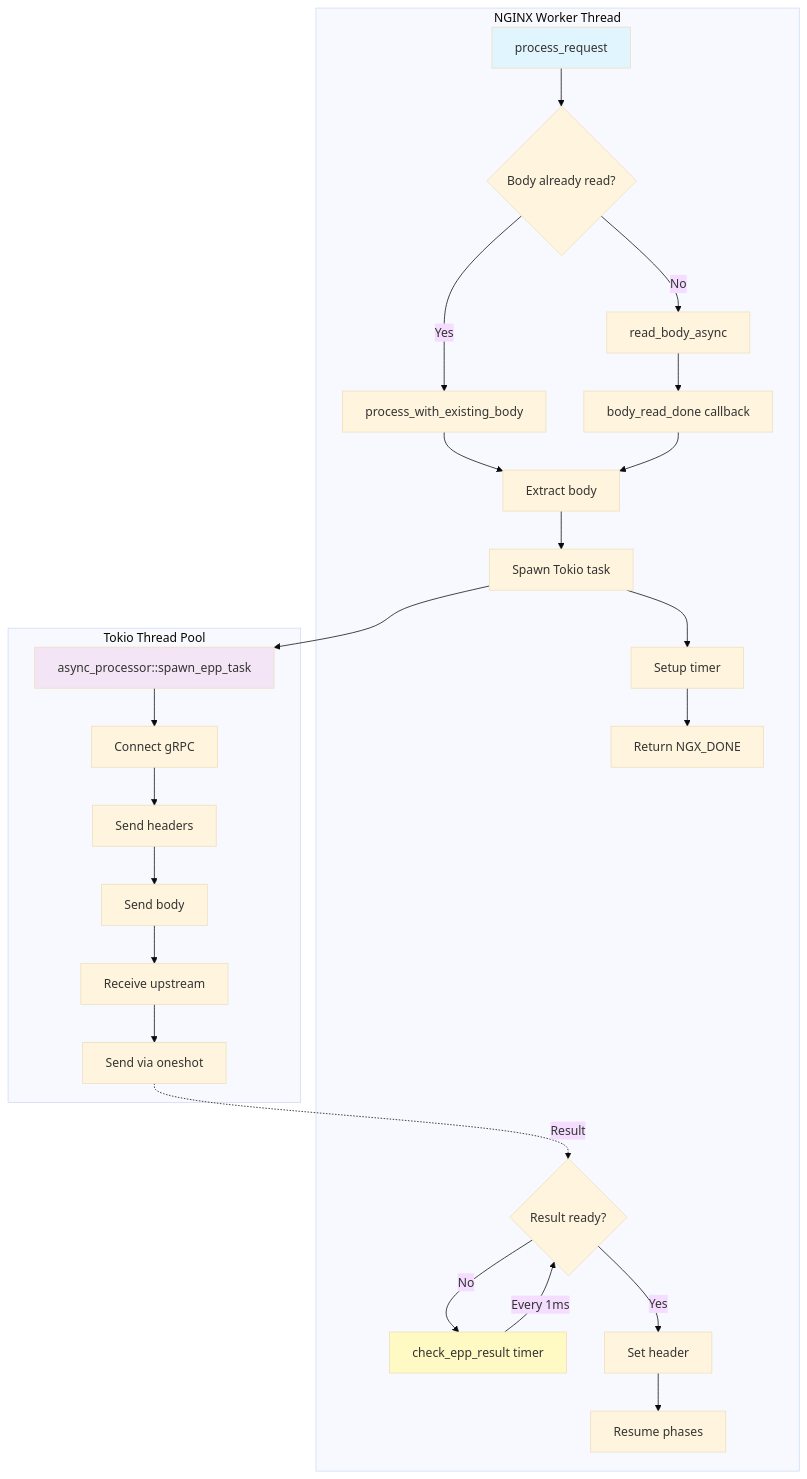
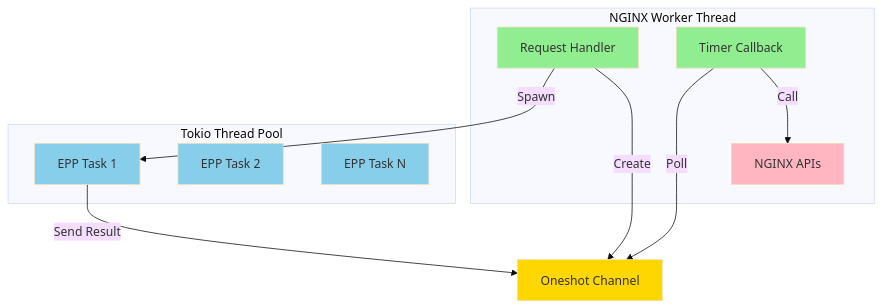
Before and after one commit to CVanF5/ngx-inference: the second of 3 diagrams in docs/epp-async-architecture.md, drawn with Mermaid (base theme). The commit also changed other lines of this file and 12 other files, not shown here.

````diff
--- a/docs/epp-async-architecture.md
+++ b/docs/epp-async-architecture.md
@@ -43,34 +143,30 @@
 ```mermaid
 graph TB
     subgraph "NGINX Worker Thread"
-        A[process_request] --> B{Body already read?}
-        B -->|Yes| C[process_with_existing_body]
-        B -->|No| D[read_body_async]
-        D --> E[body_read_done callback]
-        C --> F[Extract body]
-        E --> F
-        F --> G[Spawn Tokio task]
-        G --> H[Setup timer]
-        H --> I[Return NGX_DONE]
-        
-        J[check_epp_result timer] -->|Every 1ms| K{Result ready?}
-        K -->|No| J
-        K -->|Yes| L[Set header]
-        L --> M[Resume phases]
+        A[Request Handler]
+        B[Timer Callback]
+        C[NGINX APIs]
     end
     
     subgraph "Tokio Thread Pool"
-        G --> N[async_processor::spawn_epp_task]
-        N --> O[Connect gRPC]
-        O --> P[Send headers]
-        P --> Q[Send body]
-        Q --> R[Receive upstream]
-        R --> S[Send via oneshot]
+        D[EPP Task 1]
+        E[EPP Task 2]
+        F[EPP Task N]
     end
     
-    S -.->|Result| K
+    G[Oneshot Channel]
     
-    style A fill:#e1f5fe
-    style J fill:#fff9c4
-    style N fill:#f3e5f5
+    A -->|Spawn| D
+    A -->|Create| G
+    D -->|Send Result| G
+    B -->|Poll| G
+    B -->|Call| C
+    
+    style A fill:#90EE90
+    style B fill:#90EE90
+    style C fill:#FFB6C1
+    style D fill:#87CEEB
+    style E fill:#87CEEB
+    style F fill:#87CEEB
+    style G fill:#FFD700
 ```
````
